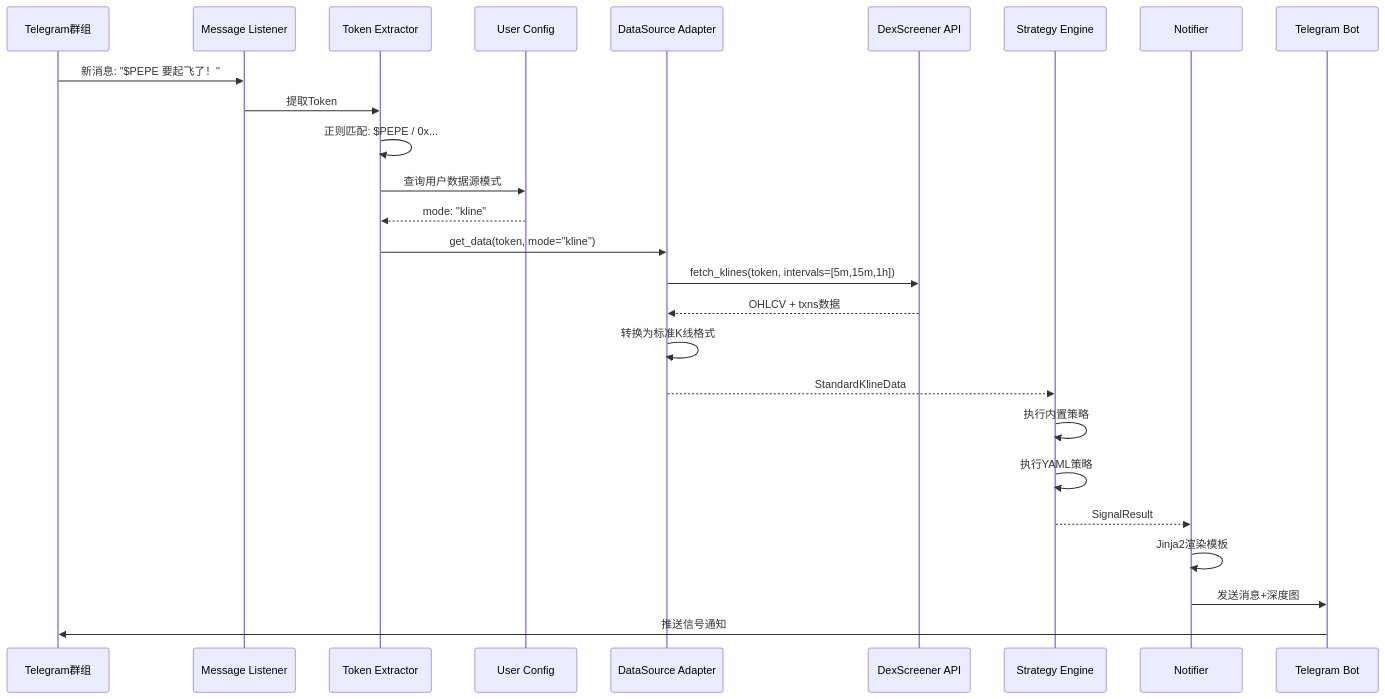
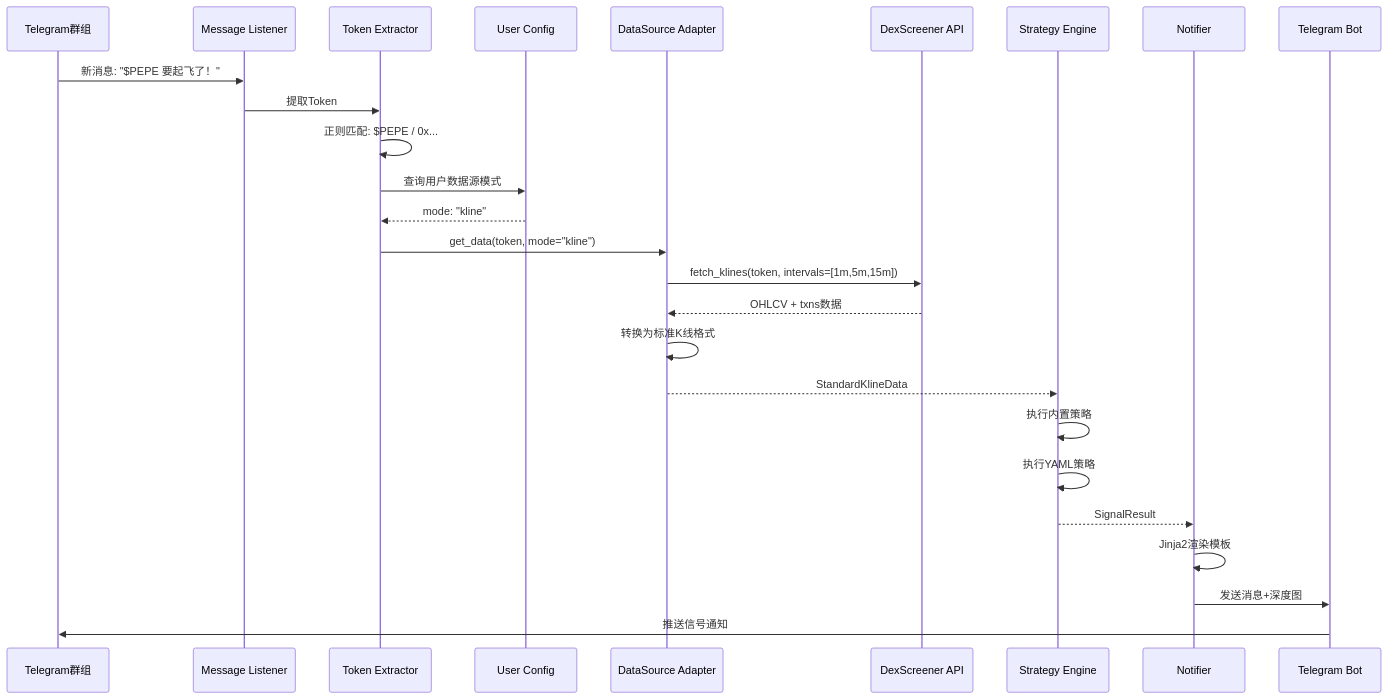
One commit to vlunpapa/signle-bot changed the second of 3 diagrams in docs/ARCHITECTURE.md. Above: the diagram before and after it, drawn with Mermaid. The commit also changed other lines of this file and 50 other files, not shown here.

````diff
--- a/docs/ARCHITECTURE.md
+++ b/docs/ARCHITECTURE.md
@@ -86,32 +86,32 @@
 ```mermaid
 sequenceDiagram
     participant TG as Telegram群组
     participant Listener as Message Listener
     participant Extractor as Token Extractor
     participant Config as User Config
     participant Adapter as DataSource Adapter
     participant DexScreener as DexScreener API
     participant Strategy as Strategy Engine
     participant Notifier as Notifier
     participant Bot as Telegram Bot
 
     TG->>Listener: 新消息: "$PEPE 要起飞了！"
     Listener->>Extractor: 提取Token
     Extractor->>Extractor: 正则匹配: $PEPE / 0x...
     Extractor->>Config: 查询用户数据源模式
     Config-->>Extractor: mode: "kline"
     
     Extractor->>Adapter: get_data(token, mode="kline")
-    Adapter->>DexScreener: fetch_klines(token, intervals=[5m,15m,1h])
+    Adapter->>DexScreener: fetch_klines(token, intervals=[1m,5m,15m])
     DexScreener-->>Adapter: OHLCV + txns数据
     Adapter->>Adapter: 转换为标准K线格式
     Adapter-->>Strategy: StandardKlineData
     
     Strategy->>Strategy: 执行内置策略
     Strategy->>Strategy: 执行YAML策略
     Strategy-->>Notifier: SignalResult
     
     Notifier->>Notifier: Jinja2渲染模板
     Notifier->>Bot: 发送消息+深度图
     Bot->>TG: 推送信号通知
 ```
````
